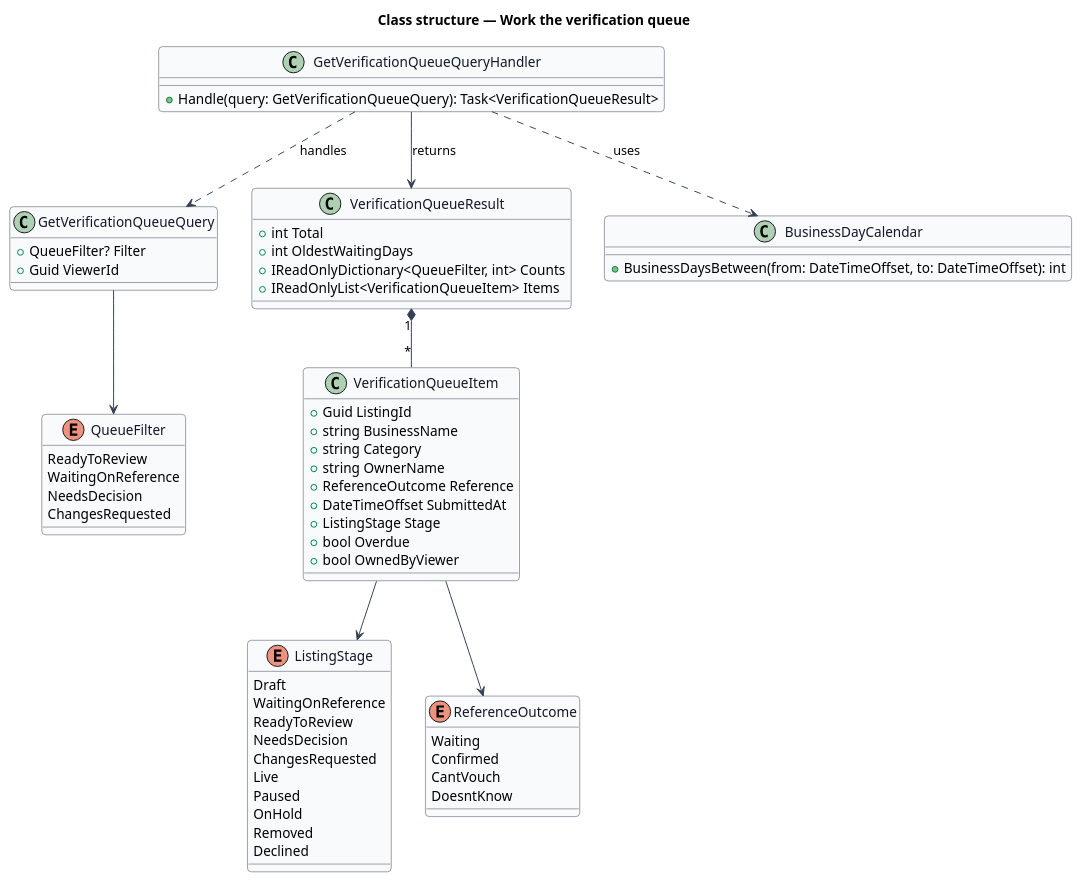
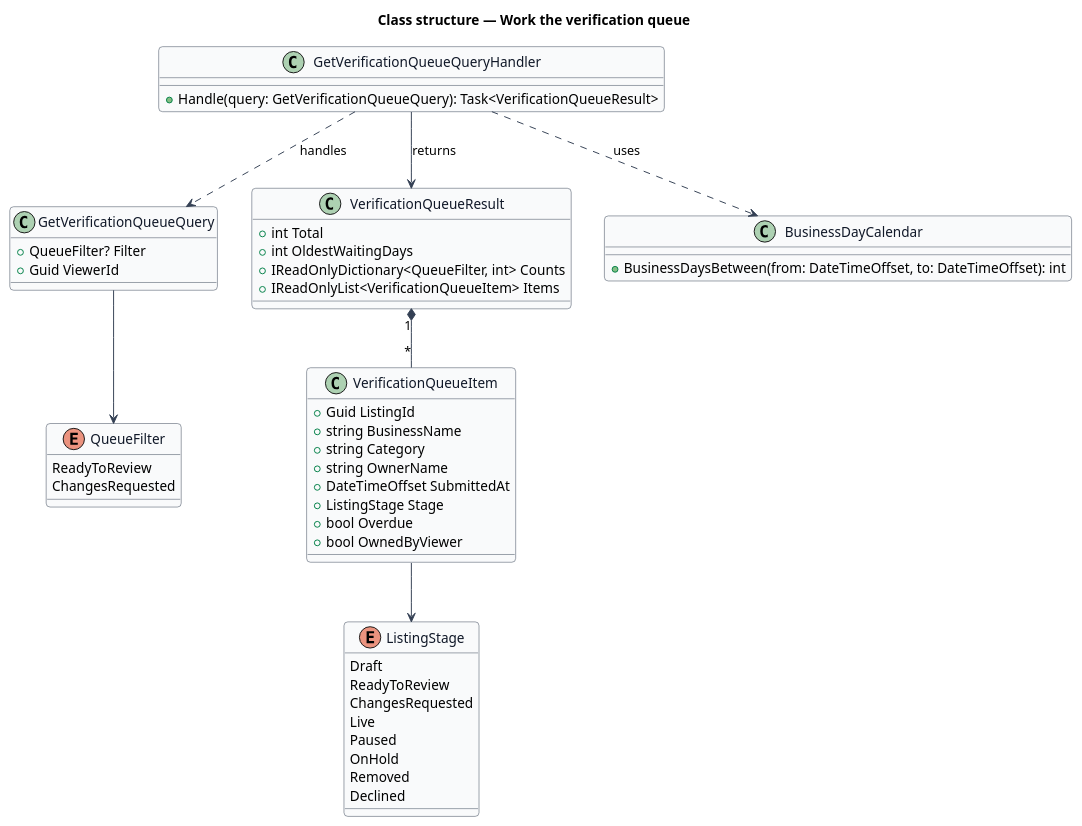
The diagram in docs/detailed-designs/verification/work-verification-queue/diagrams/class-structure.puml (QuinntyneBrown/jubilee), drawn with PlantUML before and after one commit. The commit also changed 333 other files, not shown here.

```diff
--- a/docs/detailed-designs/verification/work-verification-queue/diagrams/class-structure.puml
+++ b/docs/detailed-designs/verification/work-verification-queue/diagrams/class-structure.puml
@@ -1,72 +1,60 @@
 @startuml
 skinparam backgroundColor #FFFFFF
 skinparam shadowing false
 skinparam roundcorner 8
 skinparam defaultFontName Arial
 skinparam ArrowColor #344054
 skinparam class {
   BorderColor #344054
   FontColor #101828
   BackgroundColor #F9FAFB
 }
 title Class structure — Work the verification queue
 enum ListingStage {
   Draft
-  WaitingOnReference
   ReadyToReview
-  NeedsDecision
   ChangesRequested
   Live
   Paused
   OnHold
   Removed
   Declined
 }
 enum QueueFilter {
   ReadyToReview
-  WaitingOnReference
-  NeedsDecision
   ChangesRequested
-}
-enum ReferenceOutcome {
-  Waiting
-  Confirmed
-  CantVouch
-  DoesntKnow
 }
 class GetVerificationQueueQuery {
   +QueueFilter? Filter
   +Guid ViewerId
 }
 class GetVerificationQueueQueryHandler {
   +Handle(query: GetVerificationQueueQuery): Task<VerificationQueueResult>
 }
 class VerificationQueueResult {
   +int Total
   +int OldestWaitingDays
   +IReadOnlyDictionary<QueueFilter, int> Counts
   +IReadOnlyList<VerificationQueueItem> Items
 }
 class VerificationQueueItem {
   +Guid ListingId
   +string BusinessName
   +string Category
   +string OwnerName
-  +ReferenceOutcome Reference
   +DateTimeOffset SubmittedAt
   +ListingStage Stage
   +bool Overdue
   +bool OwnedByViewer
 }
 class BusinessDayCalendar {
   +BusinessDaysBetween(from: DateTimeOffset, to: DateTimeOffset): int
 }
 
 GetVerificationQueueQueryHandler ..> GetVerificationQueueQuery : handles
 GetVerificationQueueQueryHandler --> VerificationQueueResult : returns
 GetVerificationQueueQueryHandler ..> BusinessDayCalendar : uses
 VerificationQueueResult "1" *-- "*" VerificationQueueItem
 VerificationQueueItem --> ListingStage
-VerificationQueueItem --> ReferenceOutcome
 GetVerificationQueueQuery --> QueueFilter
 @enduml
```
